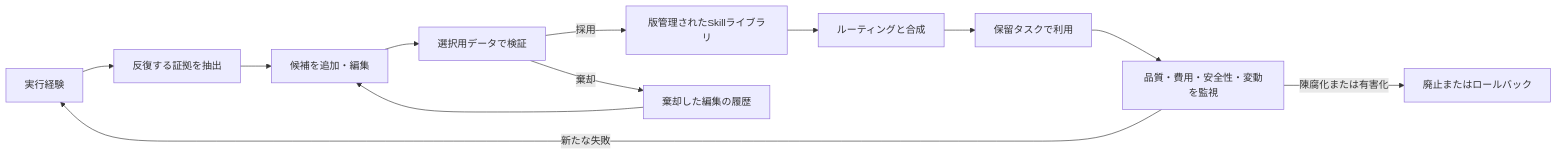
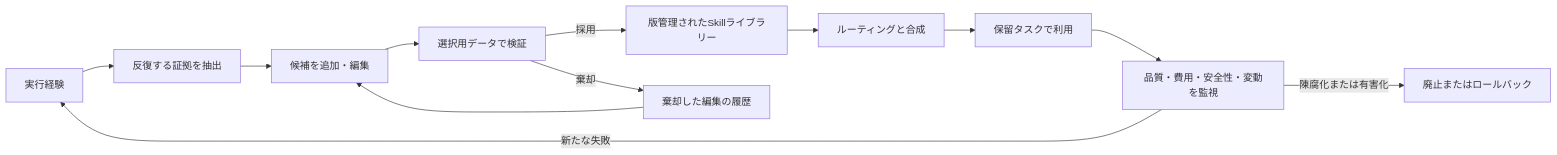
Before and after one commit to yoichiozaki/yoichiozaki.github.io: the first of 3 diagrams in content/blog/ja/agent-skills-automatic-optimization.mdx, drawn with Mermaid. The commit also changed other lines of this file and 117 other files, not shown here.

````diff
--- a/content/blog/ja/agent-skills-automatic-optimization.mdx
+++ b/content/blog/ja/agent-skills-automatic-optimization.mdx
@@ -98,14 +98,14 @@
 ```mermaid
 flowchart LR
     E[実行経験] --> X[反復する証拠を抽出]
     X --> A[候補を追加・編集]
     A --> V[選択用データで検証]
-    V -->|採用| L[版管理されたSkillライブラリ]
+    V -->|採用| L[版管理されたSkillライブラリー]
     V -->|棄却| N[棄却した編集の履歴]
     N --> A
     L --> R[ルーティングと合成]
     R --> U[保留タスクで利用]
     U --> M[品質・費用・安全性・変動を監視]
     M -->|新たな失敗| E
     M -->|陳腐化または有害化| D[廃止またはロールバック]
 ```
````
